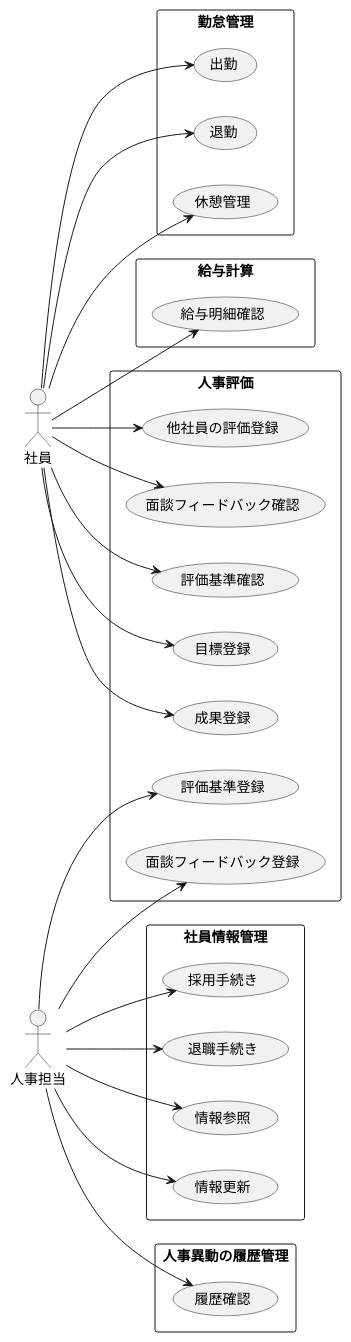
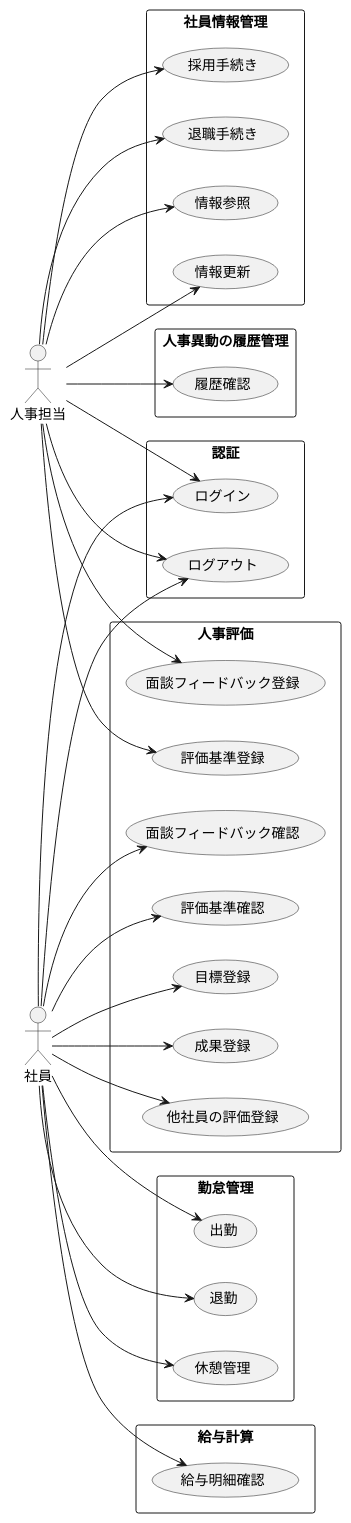
One commit to YanaPIIDXer/HRMaster changed the diagram in Docs/RequirementsDefinition/UML/UseCases.puml. Above: the diagram before and after it, drawn with PlantUML. The commit also changed 1 other file, not shown here.

```diff
--- a/Docs/RequirementsDefinition/UML/UseCases.puml
+++ b/Docs/RequirementsDefinition/UML/UseCases.puml
@@ -1,60 +1,70 @@
 @startuml ユースケース図
 
 left to right direction
 
 actor 社員
 actor 人事担当
+
+rectangle 認証 {
+  usecase ログイン
+  usecase ログアウト
+}
+
+社員 --> ログイン
+社員 --> ログアウト
+人事担当 --> ログイン
+人事担当 --> ログアウト
 
 rectangle 社員情報管理 {
   usecase 採用手続き
   usecase 退職手続き
   usecase 情報参照
   usecase 情報更新
 }
 
 人事担当 --> 採用手続き
 人事担当 --> 退職手続き
 人事担当 --> 情報参照
 人事担当 --> 情報更新
 
 rectangle 勤怠管理 {
   usecase 出勤
   usecase 退勤
   usecase 休憩管理
 }
 
 社員 --> 出勤
 社員 --> 退勤
 社員 --> 休憩管理
 
 rectangle 給与計算 {
   usecase 給与明細確認
 }
 
 社員 --> 給与明細確認
 
 rectangle 人事評価 {
   usecase 評価基準登録
   usecase 評価基準確認
   usecase 目標登録
   usecase 成果登録
   usecase 他社員の評価登録
   usecase 面談フィードバック登録
   usecase 面談フィードバック確認
 }
 
 人事担当 --> 評価基準登録
 社員 --> 評価基準確認
 社員 --> 目標登録
 社員 --> 成果登録
 社員 --> 他社員の評価登録
 人事担当 --> 面談フィードバック登録
 社員 --> 面談フィードバック確認
 
 rectangle 人事異動の履歴管理 {
   usecase 履歴確認
 }
 
 人事担当 --> 履歴確認
 
 @enduml
```
